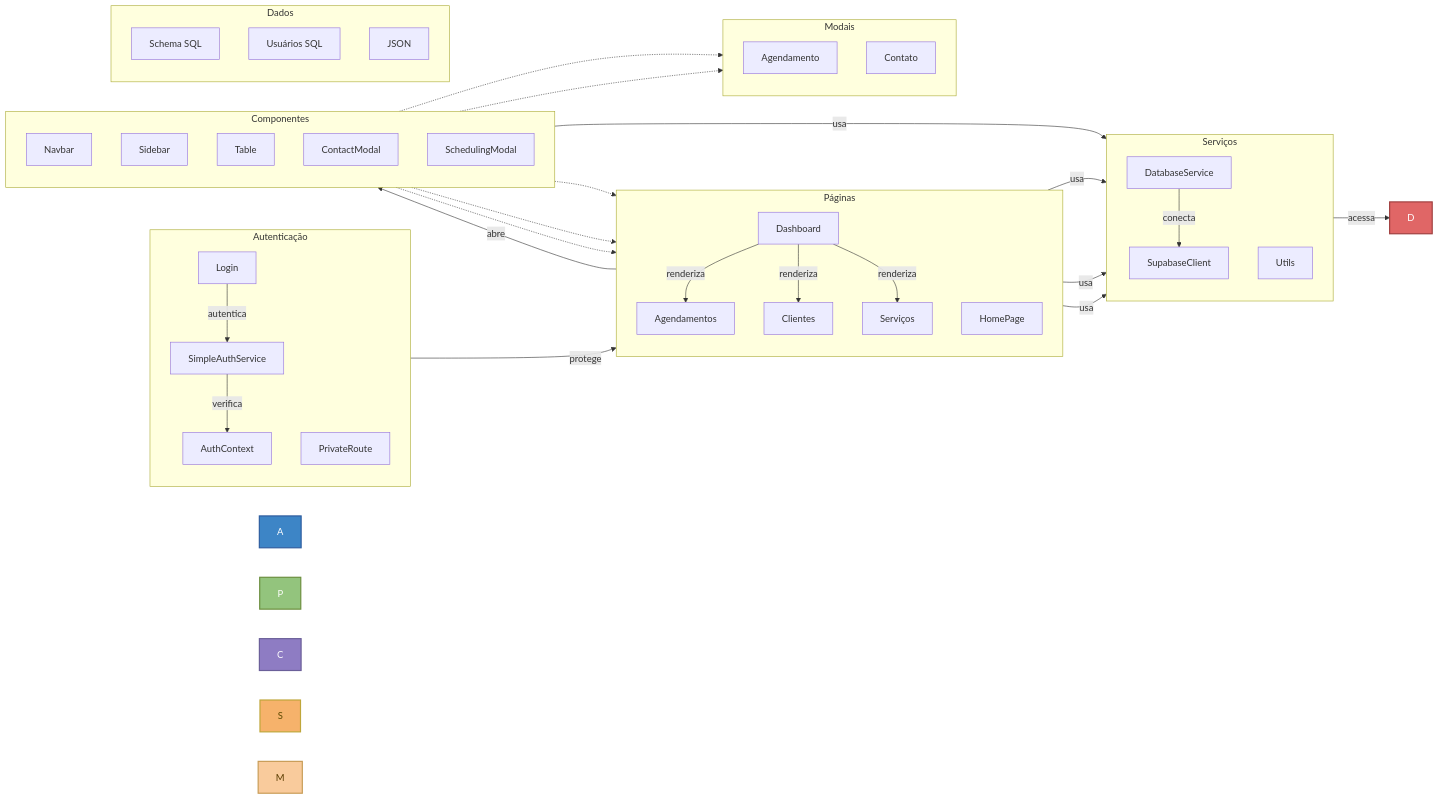
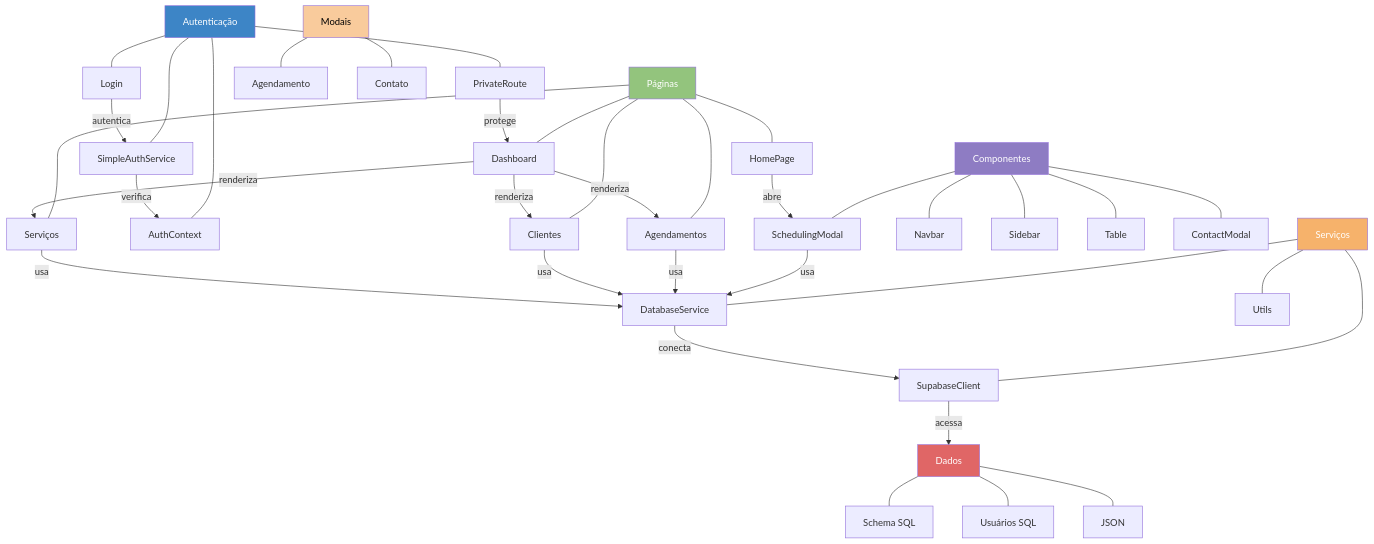
Before and after one commit to GabrielCordeiroBarrosoTeles/coldtech: the diagram in README.md, drawn with Mermaid.

````diff
--- a/README.md
+++ b/README.md
@@ -107,84 +107,53 @@
 ```mermaid
-flowchart LR
-    %% Estilos
-    style A fill:#3d85c6, color:white, stroke:#2e5d9f, stroke-width:2px
-    style P fill:#93c47d, color:white, stroke:#6b8e3e, stroke-width:2px
-    style C fill:#8e7cc3, color:white, stroke:#6a5f99, stroke-width:2px
-    style S fill:#f6b26b, color:#5c4900, stroke:#bfa63a, stroke-width:2px
-    style D fill:#e06666, color:white, stroke:#a03f3f, stroke-width:2px
-    style M fill:#f9cb9c, color:#5c3d00, stroke:#c89c56, stroke-width:2px
+flowchart TD
+    style A fill:#3d85c6, color:white
+    style P fill:#93c47d, color:white
+    style S fill:#f6b26b, color:white
+    style C fill:#8e7cc3, color:white
+    style D fill:#e06666, color:white
+    style M fill:#f9cb9c, color:black
 
-    %% Subgráficos (camadas)
-    subgraph Autenticação [Autenticação]
-        direction TB
-        AL[Login]
-        AP[PrivateRoute]
-        AC[AuthContext]
-        AS[SimpleAuthService]
-    end
+    %% Camadas da Aplicação
+    A[Autenticação] --- AL[Login]
+    A --- AP[PrivateRoute]
+    A --- AC[AuthContext]
+    A --- AS[SimpleAuthService]
 
-    subgraph Páginas [Páginas]
-        direction TB
-        PD[Dashboard]
-        PA[Agendamentos]
-        PC[Clientes]
-        PS[Serviços]
-        PH[HomePage]
-    end
+    P[Páginas] --- PD[Dashboard]
+    P --- PA[Agendamentos]
+    P --- PC[Clientes]
+    P --- PS[Serviços]
+    P --- PH[HomePage]
 
-    subgraph Componentes [Componentes]
-        direction TB
-        CN[Navbar]
-        CS[Sidebar]
-        CT[Table]
-        CM[ContactModal]
-        CSM[SchedulingModal]
-    end
+    C[Componentes] --- CN[Navbar]
+    C --- CS[Sidebar]
+    C --- CT[Table]
+    C --- CM[ContactModal]
+    C --- CSM[SchedulingModal]
 
-    subgraph Serviços [Serviços]
-        direction TB
-        SD[DatabaseService]
-        SS[SupabaseClient]
-        SU[Utils]
-    end
+    S[Serviços] --- SD[DatabaseService]
+    S --- SS[SupabaseClient]
+    S --- SU[Utils]
 
-    subgraph Dados [Dados]
-        direction TB
-        DS[Schema SQL]
-        DU[Usuários SQL]
-        DJ[JSON]
-    end
+    D[Dados] --- DS[Schema SQL]
+    D --- DU[Usuários SQL]
+    D --- DJ[JSON]
 
-    subgraph Modais [Modais]
-        direction TB
-        MA[Agendamento]
-        MC[Contato]
-    end
+    M[Modais] --- MA[Agendamento]
+    M --- MC[Contato]
 
-    %% Fluxo de dados
+    %% Fluxo de Dados
     AL -->|autentica| AS
     AS -->|verifica| AC
     AP -->|protege| PD
-
     PD -->|renderiza| PA
     PD -->|renderiza| PC
     PD -->|renderiza| PS
-
     PH -->|abre| CSM
-
     CSM -->|usa| SD
     PA -->|usa| SD
     PC -->|usa| SD
     PS -->|usa| SD
-
     SD -->|conecta| SS
     SS -->|acessa| D
-
-    %% Componentes para Páginas
-    CN -.-> PD
-    CS -.-> PD
-    CT -.-> PA
-    CM -.-> MC
-    CSM -.-> MA
-
 ```
````
